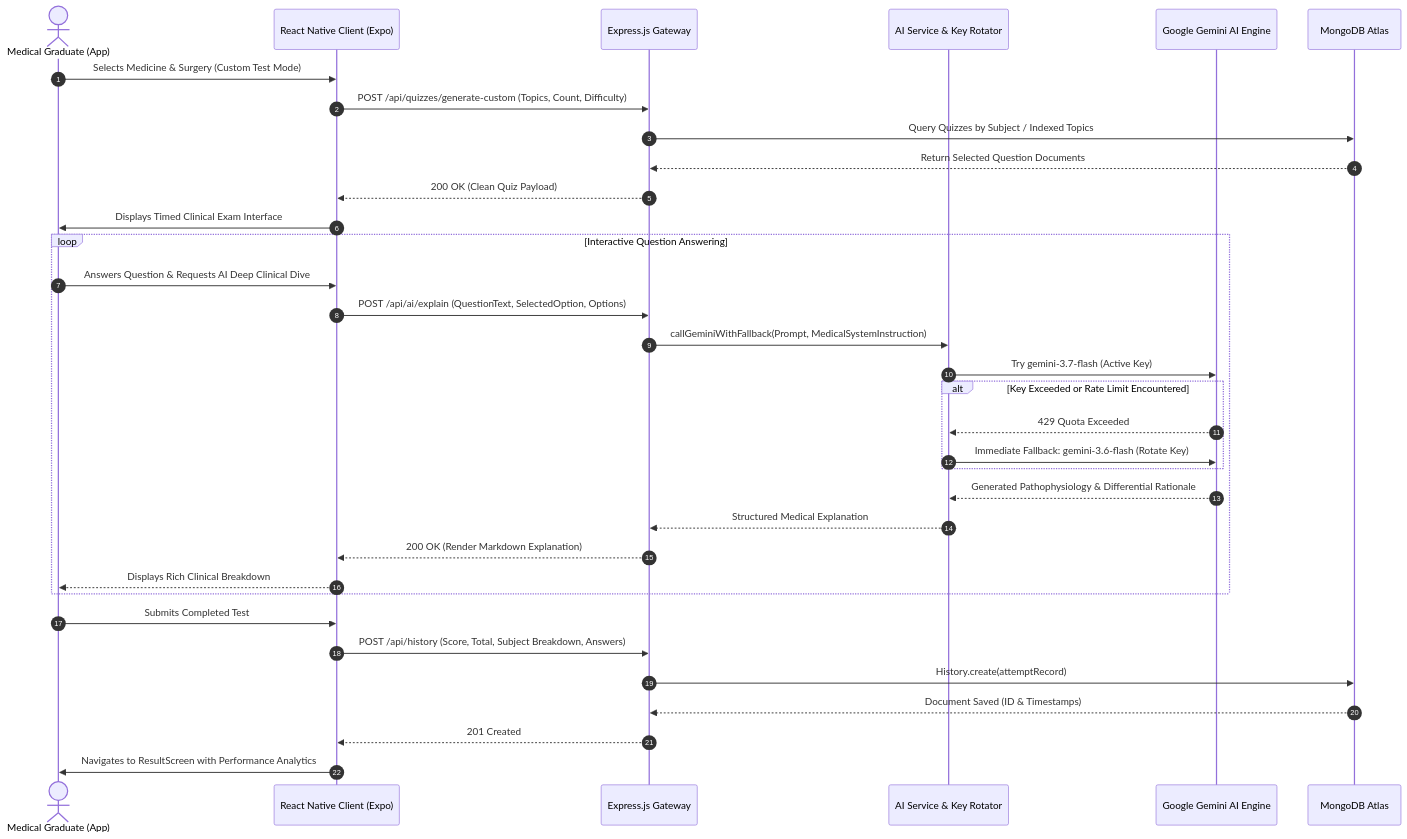
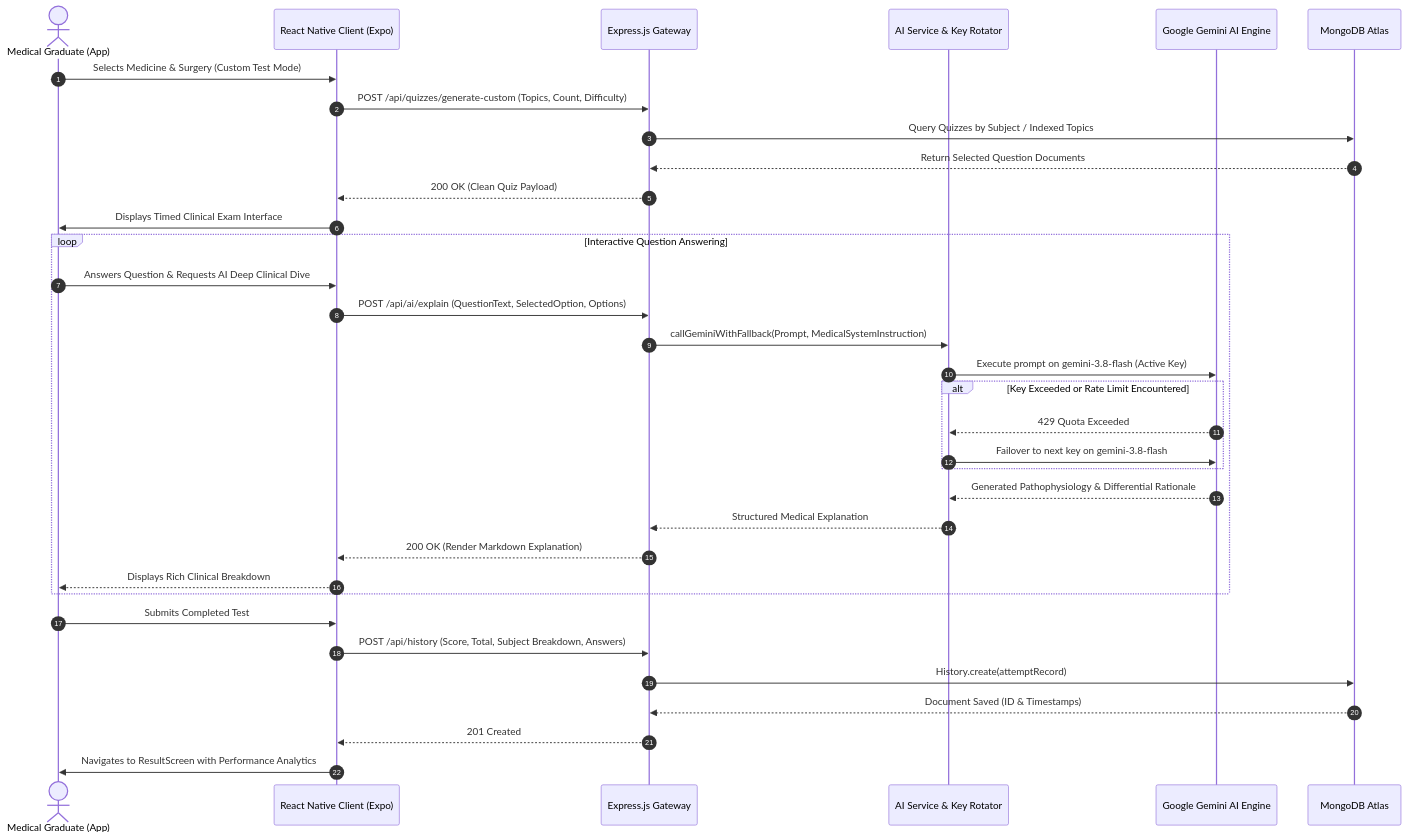
Before and after one commit to dhrub4545/DCP-QUIZZY: the second of 3 diagrams in README.md, drawn with Mermaid. The commit also changed other lines of this file and 6 other files, not shown here.

Commit message:
feat(ai): standardize across all repos on Google Gemini 3.8 Flash

````diff
--- a/README.md
+++ b/README.md
@@ -152,39 +152,39 @@
 ```mermaid
 sequenceDiagram
     autonumber
     actor Student as Medical Graduate (App)
     participant Client as React Native Client (Expo)
     participant API as Express.js Gateway
     participant AI as AI Service & Key Rotator
     participant Gemini as Google Gemini AI Engine
     participant DB as MongoDB Atlas
 
     Student->>Client: Selects Medicine & Surgery (Custom Test Mode)
     Client->>API: POST /api/quizzes/generate-custom (Topics, Count, Difficulty)
     API->>DB: Query Quizzes by Subject / Indexed Topics
     DB-->>API: Return Selected Question Documents
     API-->>Client: 200 OK (Clean Quiz Payload)
     Client->>Student: Displays Timed Clinical Exam Interface
 
     loop Interactive Question Answering
         Student->>Client: Answers Question & Requests AI Deep Clinical Dive
         Client->>API: POST /api/ai/explain (QuestionText, SelectedOption, Options)
         API->>AI: callGeminiWithFallback(Prompt, MedicalSystemInstruction)
-        AI->>Gemini: Try gemini-3.7-flash (Active Key)
+        AI->>Gemini: Execute prompt on gemini-3.8-flash (Active Key)
         alt Key Exceeded or Rate Limit Encountered
             Gemini-->>AI: 429 Quota Exceeded
-            AI->>Gemini: Immediate Fallback: gemini-3.6-flash (Rotate Key)
+            AI->>Gemini: Failover to next key on gemini-3.8-flash
         end
         Gemini-->>AI: Generated Pathophysiology & Differential Rationale
         AI-->>API: Structured Medical Explanation
         API-->>Client: 200 OK (Render Markdown Explanation)
         Client-->>Student: Displays Rich Clinical Breakdown
     end
 
     Student->>Client: Submits Completed Test
     Client->>API: POST /api/history (Score, Total, Subject Breakdown, Answers)
     API->>DB: History.create(attemptRecord)
     DB-->>API: Document Saved (ID & Timestamps)
     API-->>Client: 201 Created
     Client->>Student: Navigates to ResultScreen with Performance Analytics
 ```
````
